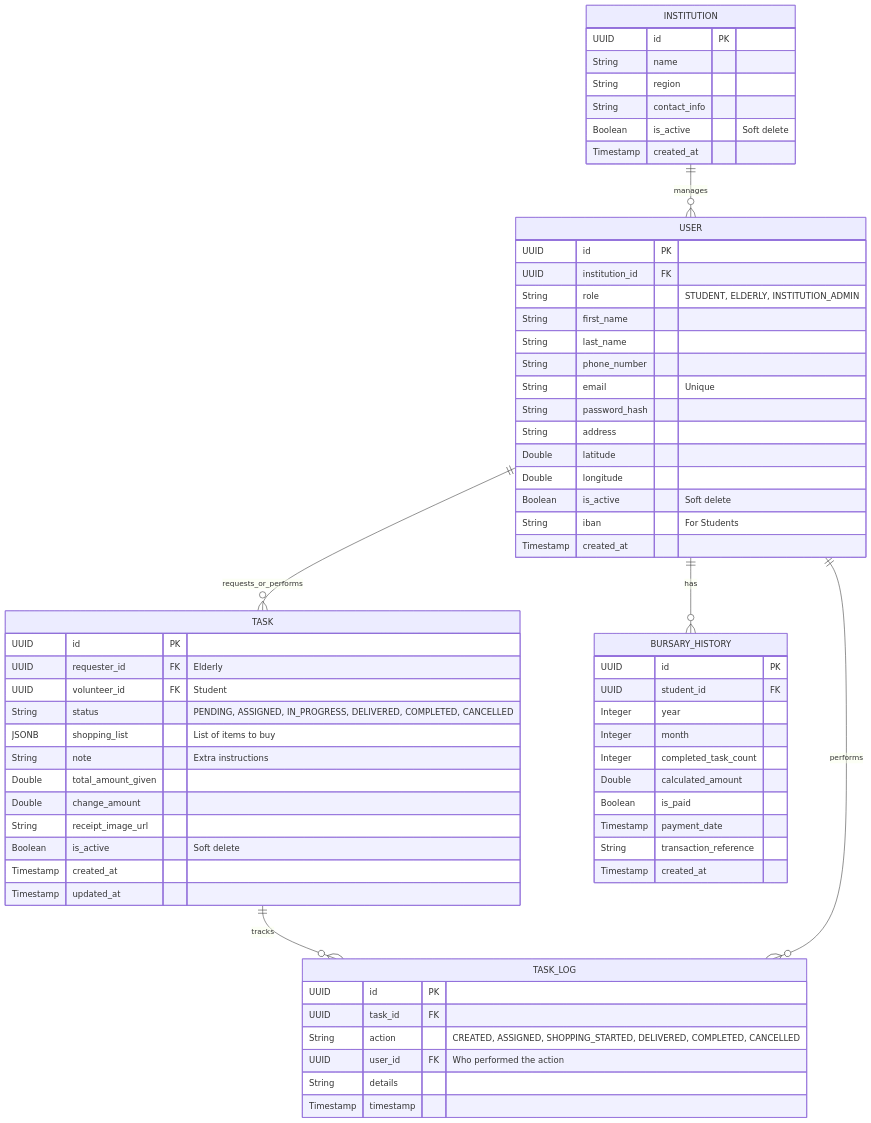
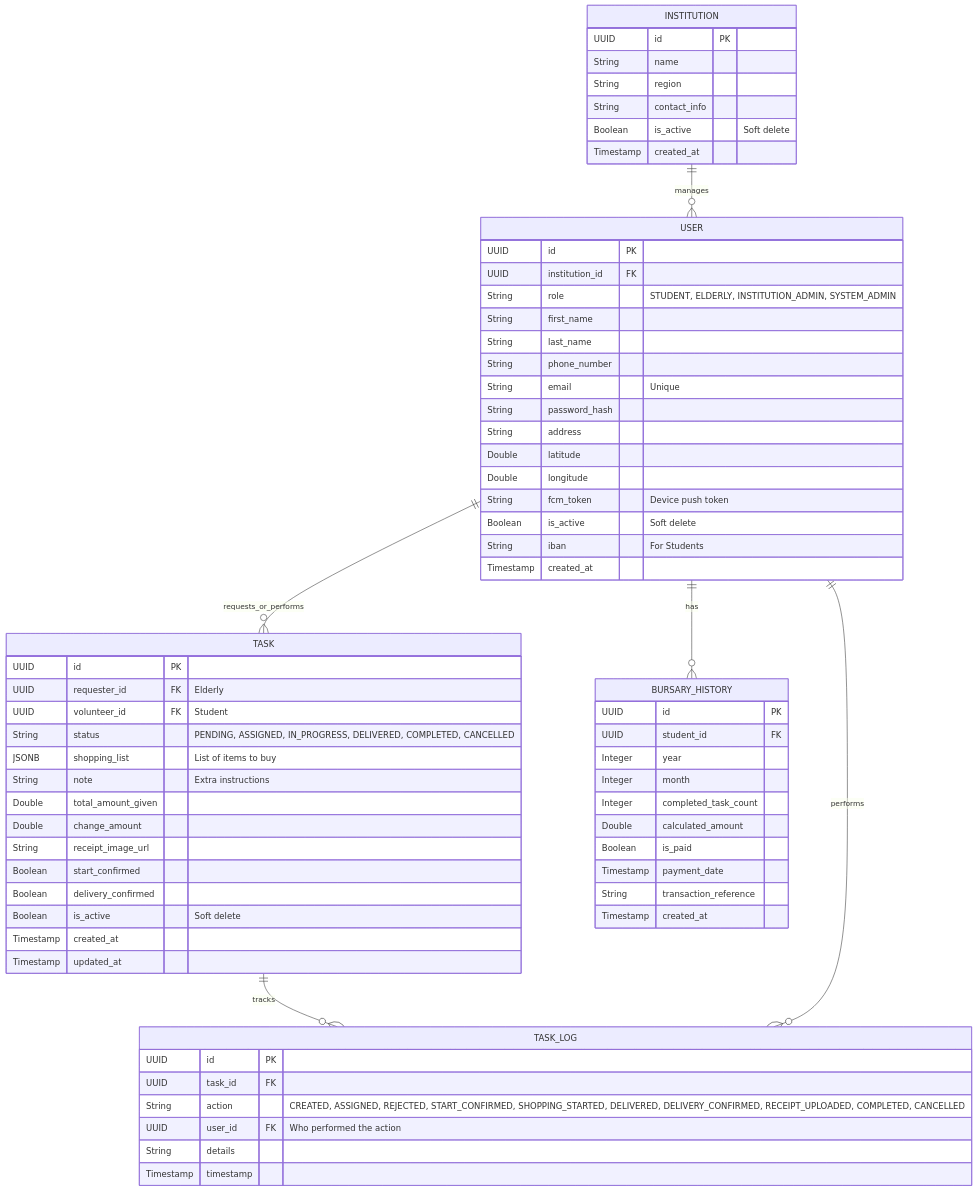
One commit to beratssert/genc-el changed the diagram in docs/database_schema.md. Above: the diagram before and after it, drawn with Mermaid. The commit also changed other lines of this file and 5 other files, not shown here.

````diff
--- a/docs/database_schema.md
+++ b/docs/database_schema.md
@@ -7,71 +7,74 @@
 ```mermaid
 erDiagram
     INSTITUTION ||--o{ USER : manages
     USER ||--o{ TASK : requests_or_performs
     USER ||--o{ BURSARY_HISTORY : has
     TASK ||--o{ TASK_LOG : tracks
     USER ||--o{ TASK_LOG : performs
 
     INSTITUTION {
         UUID id PK
         String name
         String region
         String contact_info
         Boolean is_active "Soft delete"
         Timestamp created_at
     }
 
     USER {
         UUID id PK
         UUID institution_id FK
-        String role "STUDENT, ELDERLY, INSTITUTION_ADMIN"
+        String role "STUDENT, ELDERLY, INSTITUTION_ADMIN, SYSTEM_ADMIN"
         String first_name
         String last_name
         String phone_number
         String email "Unique"
         String password_hash
         String address
         Double latitude
         Double longitude
+        String fcm_token "Device push token"
         Boolean is_active "Soft delete"
         String iban "For Students"
         Timestamp created_at
     }
 
     BURSARY_HISTORY {
         UUID id PK
         UUID student_id FK
         Integer year
         Integer month
         Integer completed_task_count
         Double calculated_amount
         Boolean is_paid
         Timestamp payment_date
         String transaction_reference
         Timestamp created_at
     }
 
     TASK {
         UUID id PK
         UUID requester_id FK "Elderly"
         UUID volunteer_id FK "Student"
         String status "PENDING, ASSIGNED, IN_PROGRESS, DELIVERED, COMPLETED, CANCELLED"
         JSONB shopping_list "List of items to buy"
         String note "Extra instructions"
         Double total_amount_given
         Double change_amount
         String receipt_image_url
+        Boolean start_confirmed
+        Boolean delivery_confirmed
         Boolean is_active "Soft delete"
         Timestamp created_at
         Timestamp updated_at
     }
     
     TASK_LOG {
         UUID id PK
         UUID task_id FK
-        String action "CREATED, ASSIGNED, SHOPPING_STARTED, DELIVERED, COMPLETED, CANCELLED"
+        String action "CREATED, ASSIGNED, REJECTED, START_CONFIRMED, SHOPPING_STARTED, DELIVERED, DELIVERY_CONFIRMED, RECEIPT_UPLOADED, COMPLETED, CANCELLED"
         UUID user_id FK "Who performed the action"
         String details
         Timestamp timestamp
     }
 ```
````
